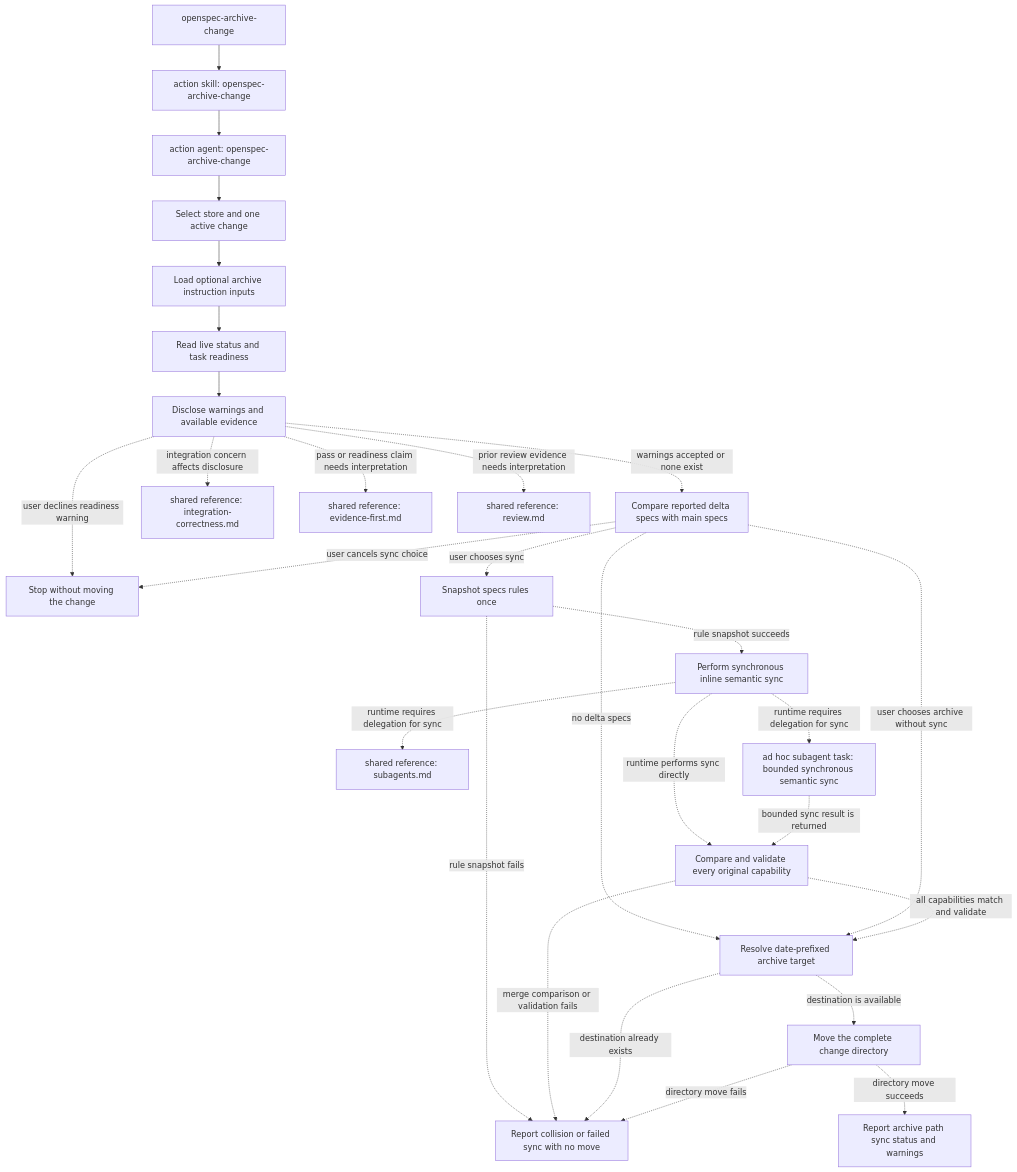
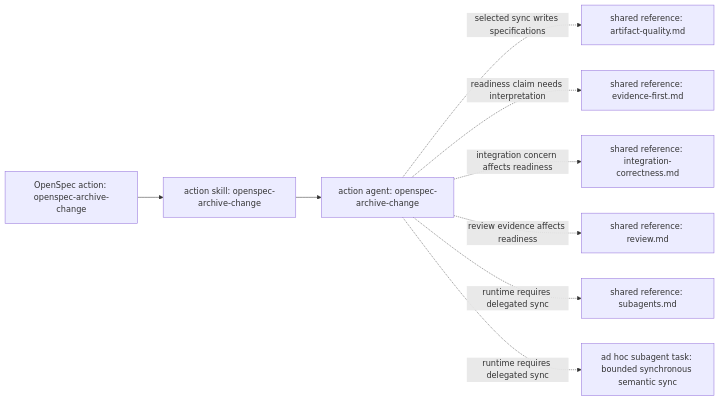
Before and after one commit to rashtao/codex-openspec-setup: the third of 26 diagrams in release/USER_GUIDE.md, drawn with Mermaid. The commit also changed other lines of this file and 1 other file, not shown here.

Commit message:
simplified diagrams

````diff
--- a/release/USER_GUIDE.md
+++ b/release/USER_GUIDE.md
@@ -153,51 +187,20 @@
 ```mermaid
-flowchart TD
-action["openspec-archive-change"]
+flowchart LR
+action["OpenSpec action: openspec-archive-change"]
 skill["action skill: openspec-archive-change"]
 agent["action agent: openspec-archive-change"]
-resolve["Select store and one active change"]
-archiveInputs["Load optional archive instruction inputs"]
-status["Read live status and task readiness"]
-readiness["Disclose warnings and available evidence"]
-stopped["Stop without moving the change"]
-compare["Compare reported delta specs with main specs"]
-integrationRef["shared reference: integration-correctness.md"]
-evidenceRef["shared reference: evidence-first.md"]
+syncTask["ad hoc subagent task: bounded synchronous semantic sync"]
+artifactQualityRef["shared reference: artifact-quality.md"]
+evidenceFirstRef["shared reference: evidence-first.md"]
+integrationCorrectnessRef["shared reference: integration-correctness.md"]
 reviewRef["shared reference: review.md"]
 subagentsRef["shared reference: subagents.md"]
-rules["Snapshot specs rules once"]
-inlineSync["Perform synchronous inline semantic sync"]
-syncTask["ad hoc subagent task: bounded synchronous semantic sync"]
-postCompare["Compare and validate every original capability"]
-target["Resolve date-prefixed archive target"]
-failed["Report collision or failed sync with no move"]
-move["Move the complete change directory"]
-report["Report archive path sync status and warnings"]
 action --> skill
 skill --> agent
-agent --> resolve
-resolve --> archiveInputs
-archiveInputs --> status
-status --> readiness
-readiness -. user declines readiness warning .-> stopped
-readiness -. warnings accepted or none exist .-> compare
-readiness -. integration concern affects disclosure .-> integrationRef
-readiness -. pass or readiness claim needs interpretation .-> evidenceRef
-readiness -. prior review evidence needs interpretation .-> reviewRef
-compare -. no delta specs .-> target
-compare -. user chooses archive without sync .-> target
-compare -. user cancels sync choice .-> stopped
-compare -. user chooses sync .-> rules
-rules -. rule snapshot fails .-> failed
-rules -. rule snapshot succeeds .-> inlineSync
-inlineSync -. runtime requires delegation for sync .-> subagentsRef
-inlineSync -. runtime requires delegation for sync .-> syncTask
-inlineSync -. runtime performs sync directly .-> postCompare
-syncTask -. bounded sync result is returned .-> postCompare
-postCompare -. merge comparison or validation fails .-> failed
-postCompare -. all capabilities match and validate .-> target
-target -. destination already exists .-> failed
-target -. destination is available .-> move
-move -. directory move succeeds .-> report
-move -. directory move fails .-> failed
+agent -. selected sync writes specifications .-> artifactQualityRef
+agent -. readiness claim needs interpretation .-> evidenceFirstRef
+agent -. integration concern affects readiness .-> integrationCorrectnessRef
+agent -. review evidence affects readiness .-> reviewRef
+agent -. runtime requires delegated sync .-> subagentsRef
+agent -. runtime requires delegated sync .-> syncTask
 ```
````
